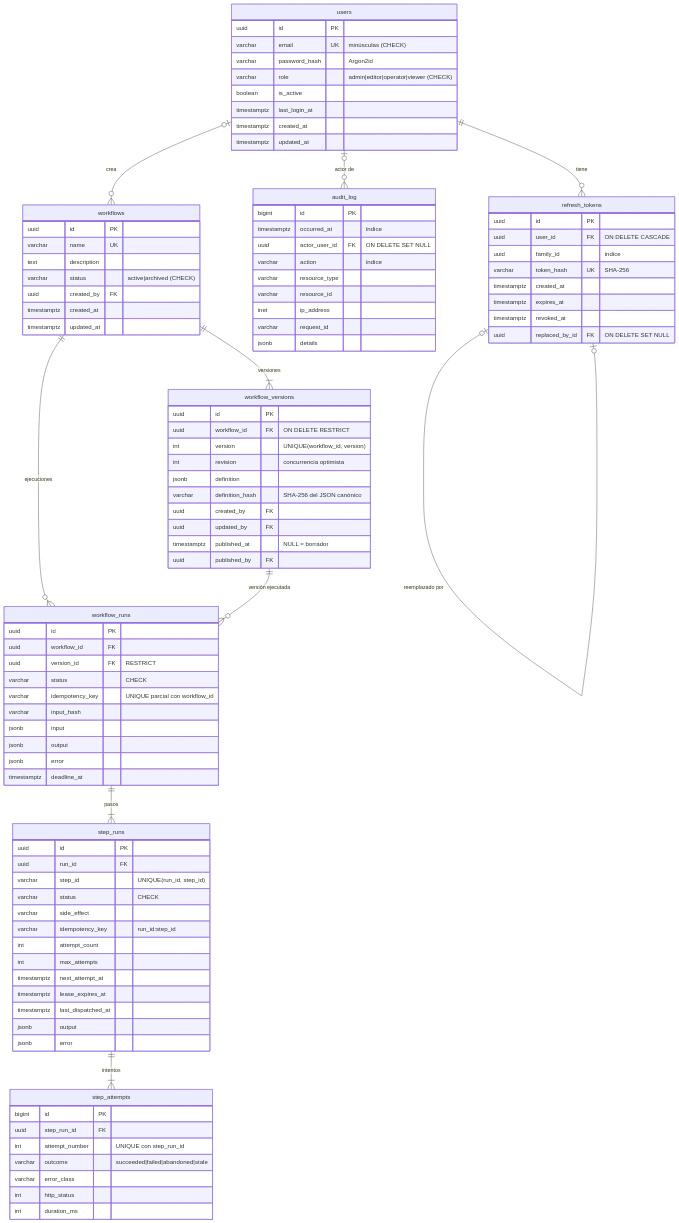
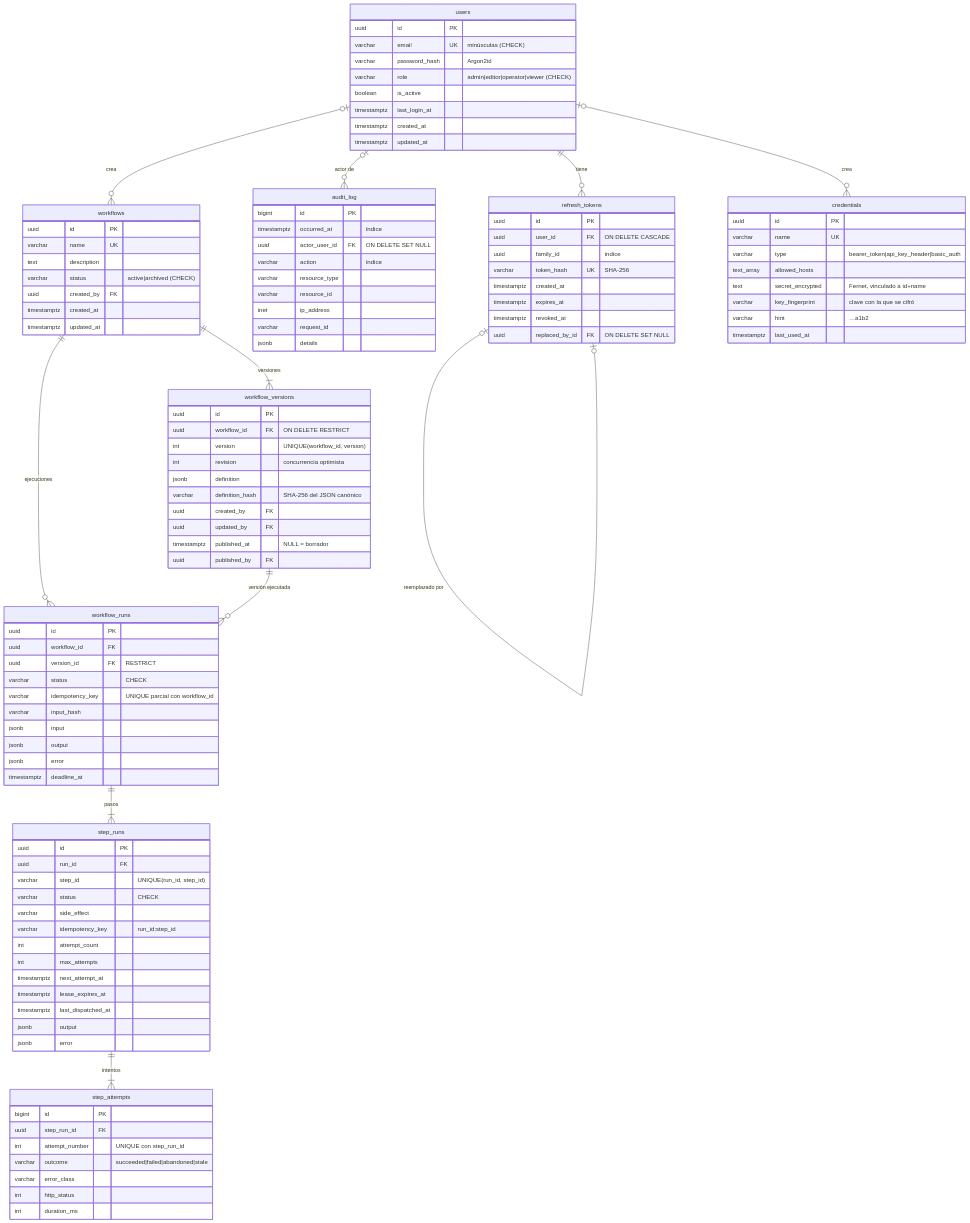
Before and after one commit to JuanSGarciaC/nexusflow: the diagram in docs/data-model.md, drawn with Mermaid. The commit also changed other lines of this file and 39 other files, not shown here.

````diff
--- a/docs/data-model.md
+++ b/docs/data-model.md
@@ -15,6 +15,7 @@
     workflow_versions ||--o{ workflow_runs : "versión ejecutada"
     workflow_runs ||--|{ step_runs : "pasos"
     step_runs ||--|{ step_attempts : "intentos"
+    users |o--o{ credentials : "crea"
 
     users {
         uuid id PK
@@ -104,4 +105,14 @@
         int http_status
         int duration_ms
     }
+    credentials {
+        uuid id PK
+        varchar name UK
+        varchar type "bearer_token|api_key_header|basic_auth"
+        text_array allowed_hosts
+        text secret_encrypted "Fernet, vinculado a id+name"
+        varchar key_fingerprint "clave con la que se cifró"
+        varchar hint "…a1b2"
+        timestamptz last_used_at
+    }
 ```
````
